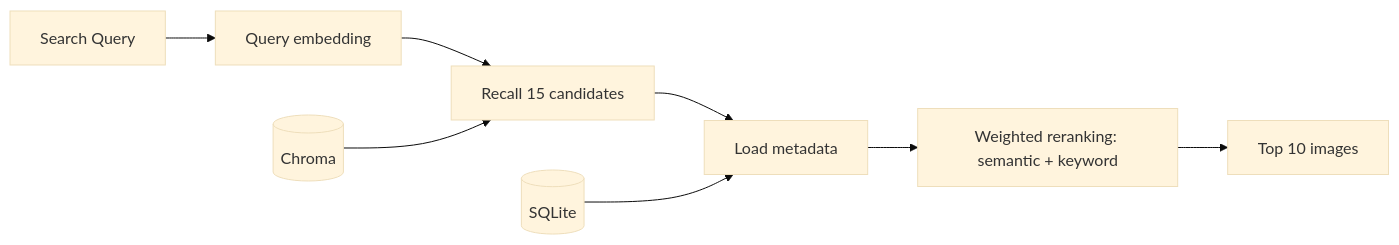
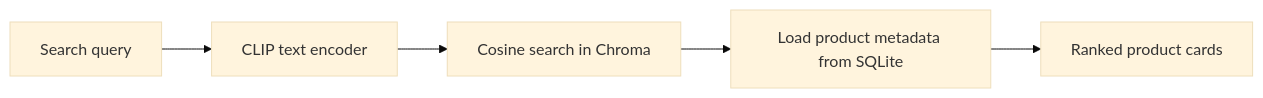
The second of 2 diagrams in README.md (wyjxx/vision-index), drawn with Mermaid (base theme) before and after one commit. The commit also changed other lines of this file and 38 other files, not shown here.

First line of the commit message:
Upgrade to V2: CLIP-based product search with Marqo data

````diff
--- a/README.md
+++ b/README.md
@@ -51,10 +38,7 @@
 ```mermaid
 flowchart LR
-    A[Search Query] --> B[Query embedding]
-    B --> C[Recall 15 candidates]
-    D[(Chroma)] --> C
-    C --> E[Load metadata]
-    F[(SQLite)] --> E
-    E --> G[Weighted reranking: semantic + keyword]
-    G --> H[Top 10 images]
+    A[Search query] --> B[CLIP text encoder]
+    B --> C[Cosine search in Chroma]
+    C --> D[Load product metadata from SQLite]
+    D --> E[Ranked product cards]
 ```
````
